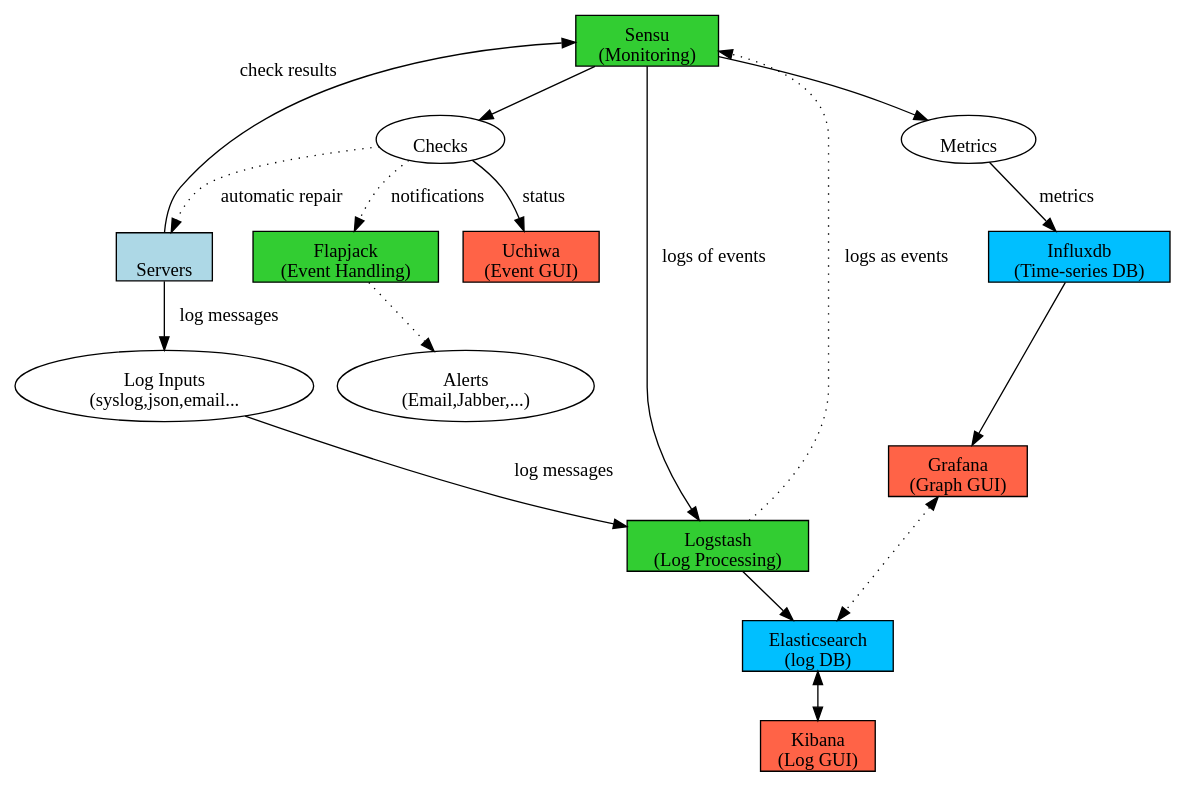
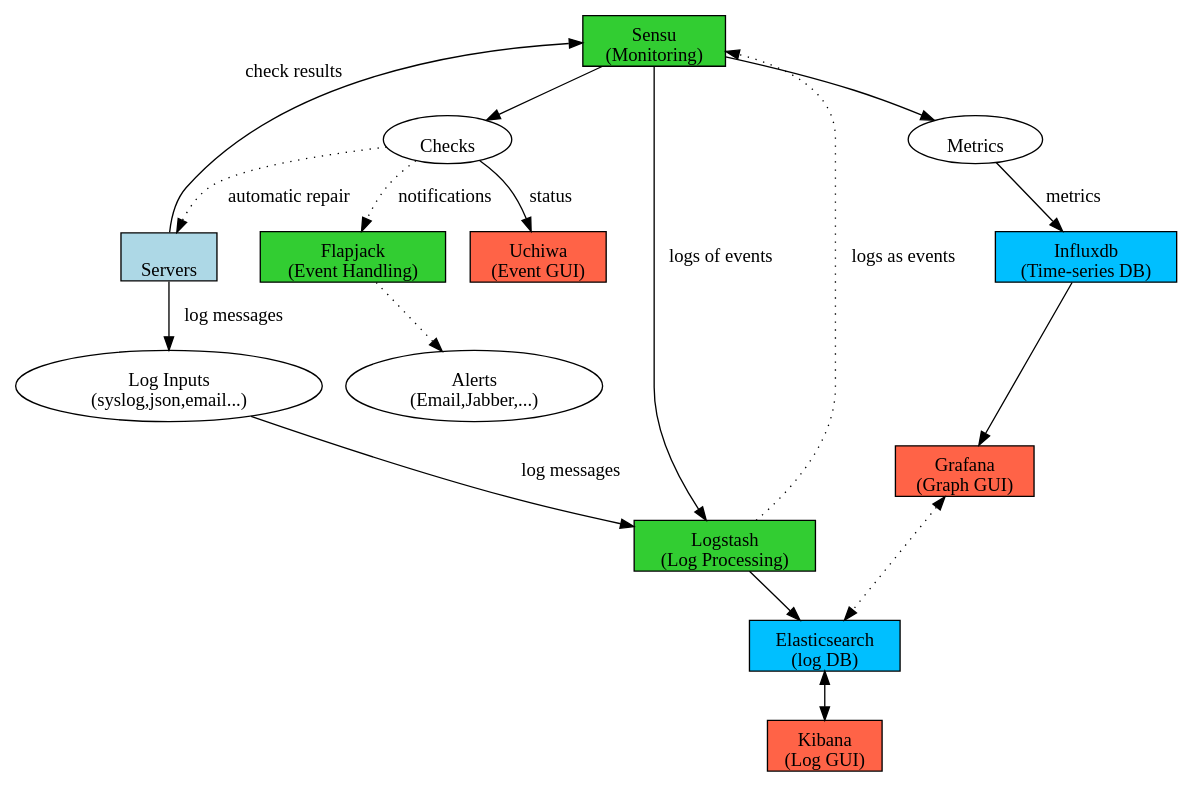
Before and after one commit to mrichar1/sensu-talk: the diagram in img/monitoring.dot, drawn with Graphviz. The commit also changed 1 other file, not shown here.

Commit message:
Typos in dot graph

```diff
--- a/img/monitoring.dot
+++ b/img/monitoring.dot
@@ -1,54 +1,54 @@
 digraph monitoring {
 //Defaults
 overlap=scale
 splines=true
 sep=0.5
 compound=true
 node [labelloc=b]
 
 // Tools
 subgraph tools {
 Sensu [label="Sensu\n(Monitoring)", shape="rectangle",fillcolor="limegreen", style="filled"]
 Logstash [label="Logstash\n(Log Processing)", shape="rectangle", fillcolor="limegreen", style="filled"]
 Elasticsearch [label="Elasticsearch\n(log DB)", shape="rectangle", fillcolor="deepskyblue", style="filled"]
 Kibana [label="Kibana\n(Log GUI)", shape="rectangle", fillcolor="tomato", style="filled"]
 Grafana [label="Grafana\n(Graph GUI)", shape="rectangle", fillcolor="tomato", style="filled"]
 Influxdb [label="Influxdb\n(Time-series DB)", shape="rectangle", fillcolor="deepskyblue", style="filled"]
 Uchiwa [label="Uchiwa\n(Event GUI)", shape="rectangle",fillcolor="tomato", style="filled"]
 }
 
 //Sources
 subgraph sources {
 Servers [label="Servers", shape="rectangle", fillcolor="lightblue", style="filled"]
-inputs [label="Log Inputs\n(syslog,json,email..."]
+inputs [label="Log Inputs\n(syslog,json,email...)"]
 Servers->inputs [label="log messages"]
 Servers->Sensu [xlabel="check results"]
 inputs->Logstash [label="log messages"]
 
 }
 
 // Notifications
 subgraph notify {
 // Notifications
 Alerts [label="Alerts\n(Email,Jabber,...)"]
 Flapjack [label="Flapjack\n(Event Handling)", shape="rectangle",fillcolor="limegreen", style="filled"]
 Sensu->Checks
 Sensu->Metrics
 Sensu->Logstash [label="logs of events"]
 Metrics->Influxdb [label="metrics"]
 Checks->Flapjack [label="notifications", style="dotted"]
 Flapjack->Alerts [style="dotted"]
 Checks->Servers [label="automatic repair", style="dotted"]
 }
 
 // Processing
 subgraph processing {
 Logstash->Elasticsearch
 Elasticsearch->Kibana [dir="both"]
 Grafana->Elasticsearch [dir="both", style="dotted"]
 Influxdb->Grafana
 Logstash->Sensu [label="logs as events", style=dotted]
 Checks->Uchiwa [label="status"]
 }
 
 } //digraph
```
